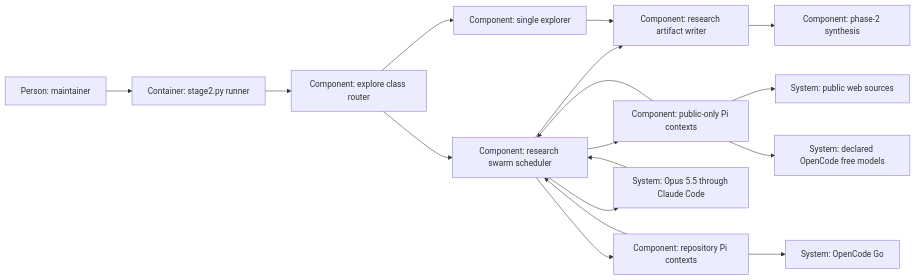
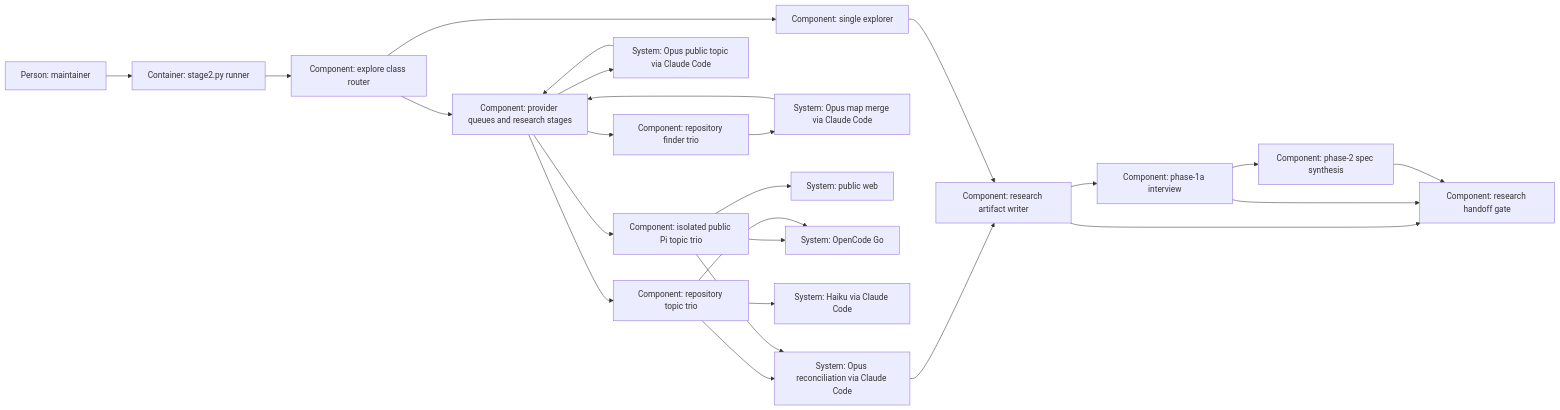
Before and after one commit to bicycle-brakes/monotrope: the diagram in plans/changes/research-swarm/design.md, drawn with Mermaid. The commit also changed other lines of this file and 6 other files, not shown here.

Commit message:
docs(research-swarm): draft spec and plan — route codex

````diff
--- a/plans/changes/research-swarm/design.md
+++ b/plans/changes/research-swarm/design.md
@@ -198,19 +213,27 @@
 ```mermaid
 flowchart LR
-    maintainer["Person: maintainer"] --> runner["Container: stage2.py runner"]
-    runner --> router["Component: explore class router"]
-    router --> single["Component: single explorer"]
-    router --> swarm["Component: research swarm scheduler"]
-    swarm --> public["Component: public-only Pi contexts"]
-    public --> web["System: public web sources"]
-    public --> free["System: declared OpenCode free models"]
-    public --> swarm
-    swarm --> flash["Component: repository Pi contexts"]
-    flash --> go["System: OpenCode Go"]
-    flash --> swarm
-    swarm --> opus["System: Opus 5.5 through Claude Code"]
-    opus --> swarm
-    swarm --> research["Component: research artifact writer"]
-    single --> research
-    research --> spec["Component: phase-2 synthesis"]
+    m["Person: maintainer"] --> r["Container: stage2.py runner"]
+    r --> c["Component: explore class router"]
+    c --> s["Component: single explorer"]
+    c --> q["Component: provider queues and research stages"]
+    q --> f["Component: repository finder trio"]
+    f --> merge["System: Opus map merge via Claude Code"]
+    merge --> q
+    q --> topic["System: Opus public topic via Claude Code"]
+    topic --> q
+    q --> local["Component: repository topic trio"]
+    q --> online["Component: isolated public Pi topic trio"]
+    online --> web["System: public web"]
+    online --> go["System: OpenCode Go"]
+    local --> go
+    local --> claude["System: Haiku via Claude Code"]
+    local --> judge["System: Opus reconciliation via Claude Code"]
+    online --> judge
+    judge --> w["Component: research artifact writer"]
+    s --> w
+    w --> interview["Component: phase-1a interview"]
+    interview --> spec["Component: phase-2 spec synthesis"]
+    w --> gate["Component: research handoff gate"]
+    interview --> gate
+    spec --> gate
 ```
````
